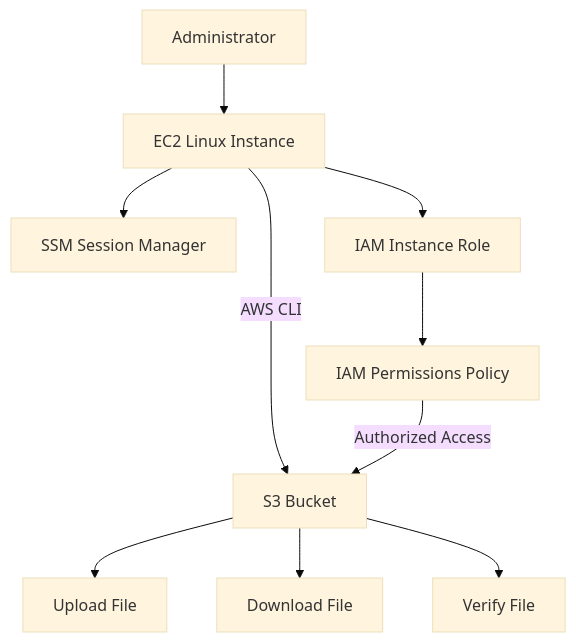
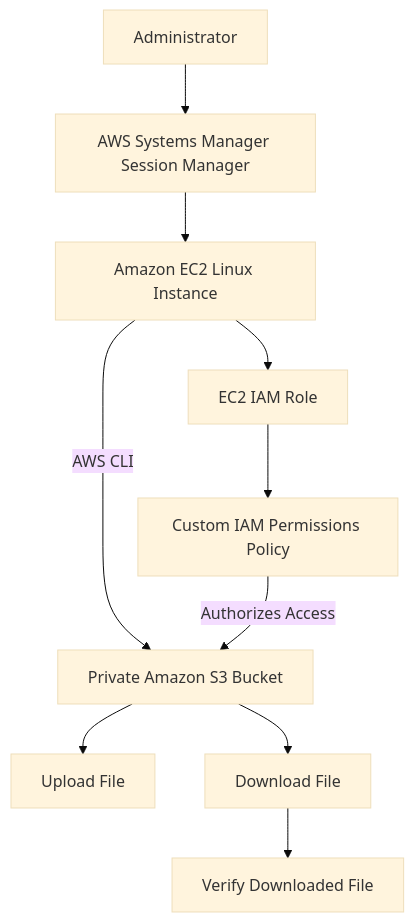
One commit to samkr321/Aws-cloud-portfolio changed the diagram in 02-S3-IAM-Secure-Storage/README.md. Above: the diagram before and after it, drawn with Mermaid (base theme). The commit also changed other lines of this file, not shown here.

````diff
--- a/02-S3-IAM-Secure-Storage/README.md
+++ b/02-S3-IAM-Secure-Storage/README.md
@@ -58,12 +93,12 @@
 ```mermaid
 flowchart TD
-    A[Administrator] --> B[EC2 Linux Instance]
-    B --> C[SSM Session Manager]
-    B --> D[IAM Instance Role]
-    D --> E[IAM Permissions Policy]
-    B -->|AWS CLI| F[S3 Bucket]
-    E -->|Authorized Access| F
+    A[Administrator] --> B[AWS Systems Manager Session Manager]
+    B --> C[Amazon EC2 Linux Instance]
+    C --> D[EC2 IAM Role]
+    D --> E[Custom IAM Permissions Policy]
+    C -->|AWS CLI| F[Private Amazon S3 Bucket]
+    E -->|Authorizes Access| F
     F --> G[Upload File]
     F --> H[Download File]
-    F --> I[Verify File]
+    H --> I[Verify Downloaded File]
 ```
````
